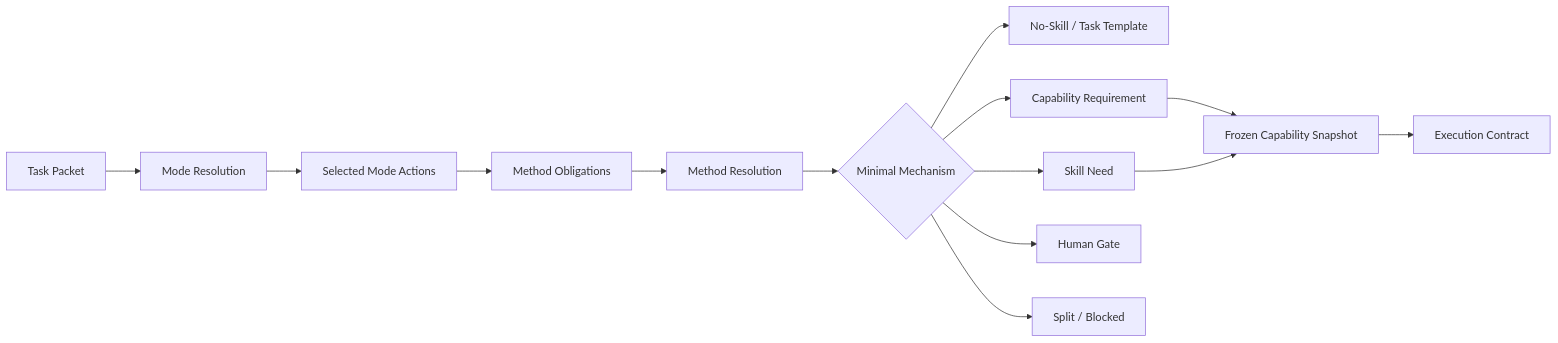
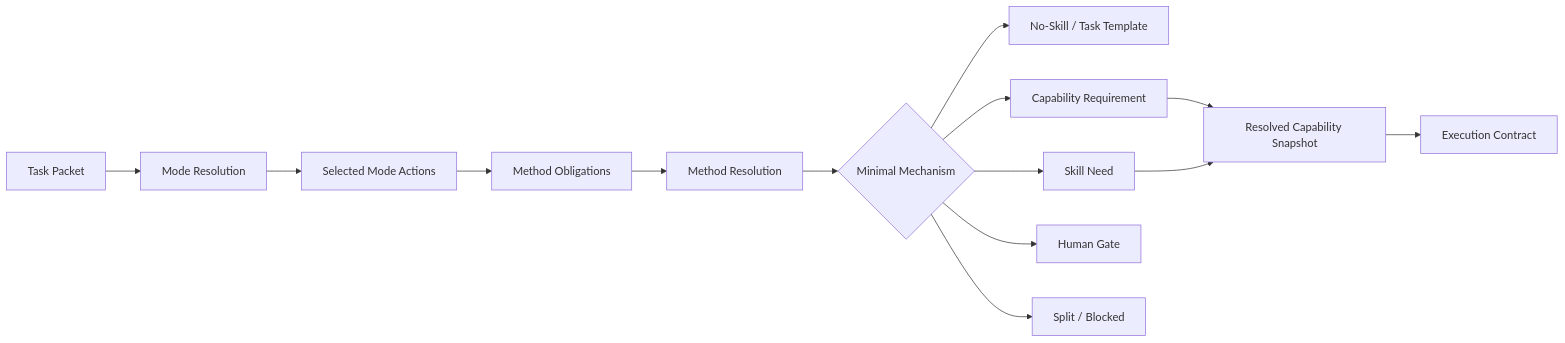
Before and after one commit to Chengyue-Lu/research-agent-workbench: the second of 2 diagrams in docs/ARCHITECTURE.md, drawn with Mermaid. The commit also changed other lines of this file and 12 other files, not shown here.

````diff
--- a/docs/ARCHITECTURE.md
+++ b/docs/ARCHITECTURE.md
@@ -87,16 +88,16 @@
 ```mermaid
 flowchart LR
     T["Task Packet"] --> M["Mode Resolution"]
     M --> A["Selected Mode Actions"]
     A --> O["Method Obligations"]
     O --> R["Method Resolution"]
     R --> K{"Minimal Mechanism"}
     K --> N["No-Skill / Task Template"]
     K --> C["Capability Requirement"]
     K --> S["Skill Need"]
     K --> G["Human Gate"]
     K --> B["Split / Blocked"]
-    C --> F["Frozen Capability Snapshot"]
+    C --> F["Resolved Capability Snapshot"]
     S --> F
     F --> E["Execution Contract"]
 ```
````
